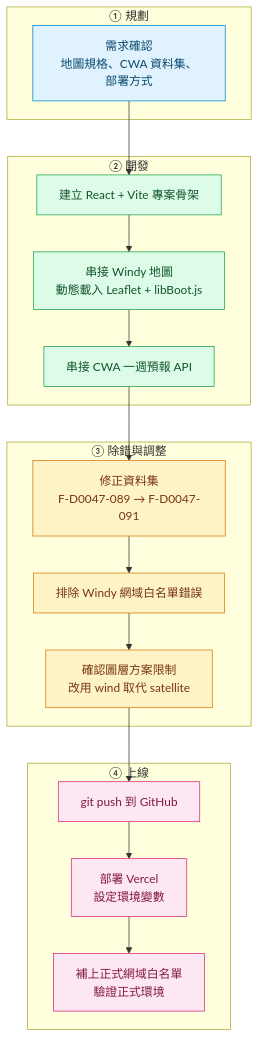
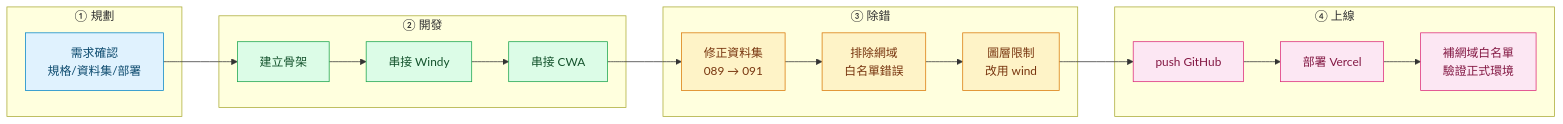
Before and after one commit to royruan1019/global_weather: the diagram in README.md, drawn with Mermaid.

Commit message:
Switch dev process flowchart to LR layout for a more compact README
Vertical TD layout made the diagram too tall; horizontal phases
with shorter labels keep it readable without excessive scrolling.

````diff
--- a/README.md
+++ b/README.md
@@ -9,35 +9,31 @@
 ```mermaid
-flowchart TD
+flowchart LR
     subgraph P1["① 規劃"]
-        A["需求確認<br/>地圖規格、CWA 資料集、部署方式"]
+        A["需求確認<br/>規格/資料集/部署"]
     end
 
     subgraph P2["② 開發"]
-        B["建立 React + Vite 專案骨架"]
-        C["串接 Windy 地圖<br/>動態載入 Leaflet + libBoot.js"]
-        D["串接 CWA 一週預報 API"]
+        B["建立骨架"] --> C["串接 Windy"] --> D["串接 CWA"]
     end
 
-    subgraph P3["③ 除錯與調整"]
-        E["修正資料集<br/>F-D0047-089 → F-D0047-091"]
-        F["排除 Windy 網域白名單錯誤"]
-        G["確認圖層方案限制<br/>改用 wind 取代 satellite"]
+    subgraph P3["③ 除錯"]
+        E["修正資料集<br/>089 → 091"] --> F["排除網域<br/>白名單錯誤"] --> G["圖層限制<br/>改用 wind"]
     end
 
     subgraph P4["④ 上線"]
-        H["git push 到 GitHub"]
-        I["部署 Vercel<br/>設定環境變數"]
-        J["補上正式網域白名單<br/>驗證正式環境"]
+        H["push GitHub"] --> I["部署 Vercel"] --> J["補網域白名單<br/>驗證正式環境"]
     end
 
-    A --> B --> C --> D --> E --> F --> G --> H --> I --> J
+    A --> B
+    D --> E
+    G --> H
 
     classDef plan fill:#e0f2fe,stroke:#0284c7,color:#0c4a6e
     classDef build fill:#dcfce7,stroke:#16a34a,color:#14532d
     classDef debug fill:#fef3c7,stroke:#d97706,color:#78350f
     classDef ship fill:#fce7f3,stroke:#db2777,color:#831843
     class A plan
     class B,C,D build
     class E,F,G debug
     class H,I,J ship
 ```
````
